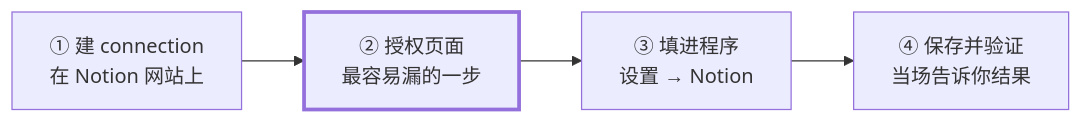
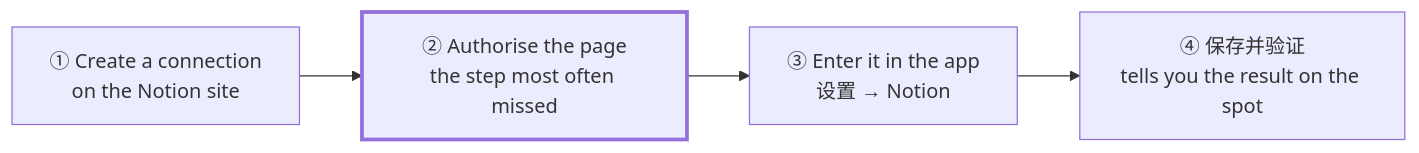
One commit to LethalKebab/steam-achievement-tracker changed the first of 2 diagrams in docs/notion-setup.md. Above: the diagram before and after it, drawn with Mermaid. The commit also changed other lines of this file and 4 other files, not shown here.

````diff
--- a/docs/notion-setup.md
+++ b/docs/notion-setup.md
@@ -10,7 +11,7 @@
 ```mermaid
 flowchart LR
-    A["① 建 connection<br/>在 Notion 网站上"] --> B["② 授权页面<br/>最容易漏的一步"]
-    B --> C["③ 填进程序<br/>设置 → Notion"]
-    C --> D["④ 保存并验证<br/>当场告诉你结果"]
+    A["① Create a connection<br/>on the Notion site"] --> B["② Authorise the page<br/>the step most often missed"]
+    B --> C["③ Enter it in the app<br/>设置 → Notion"]
+    C --> D["④ 保存并验证<br/>tells you the result on the spot"]
     style B stroke-width:3px
 ```
````
